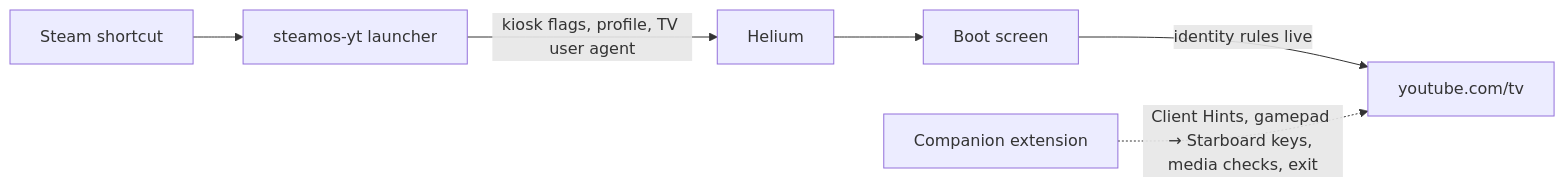
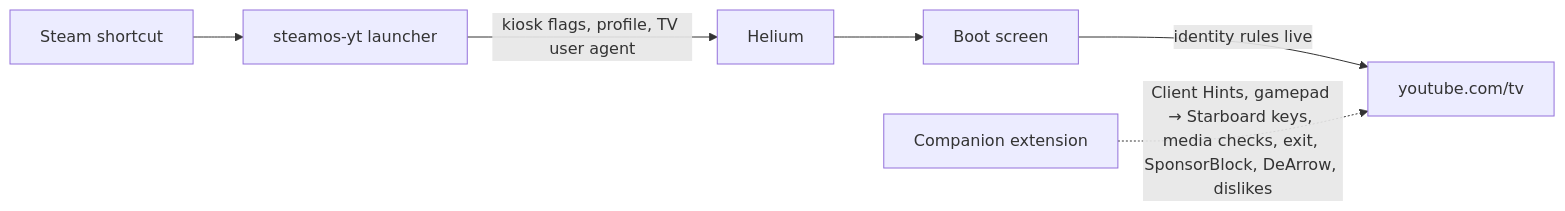
The diagram in README.md (Jadocee/steamos-yt), drawn with Mermaid before and after one commit. The commit also changed other lines of this file and 16 other files, not shown here.

````diff
--- a/README.md
+++ b/README.md
@@ -113,8 +135,8 @@
 ```mermaid
 flowchart LR
   Steam["Steam shortcut"] --> Launcher["steamos-yt launcher"]
   Launcher -->|"kiosk flags, profile, TV user agent"| Helium["Helium"]
   Helium --> Splash["Boot screen"]
   Splash -->|"identity rules live"| TV["youtube.com/tv"]
-  Extension["Companion extension"] -.->|"Client Hints, gamepad → Starboard keys, media checks, exit"| TV
+  Extension["Companion extension"] -.->|"Client Hints, gamepad → Starboard keys, media checks, exit, SponsorBlock, DeArrow, dislikes"| TV
 ```
````
